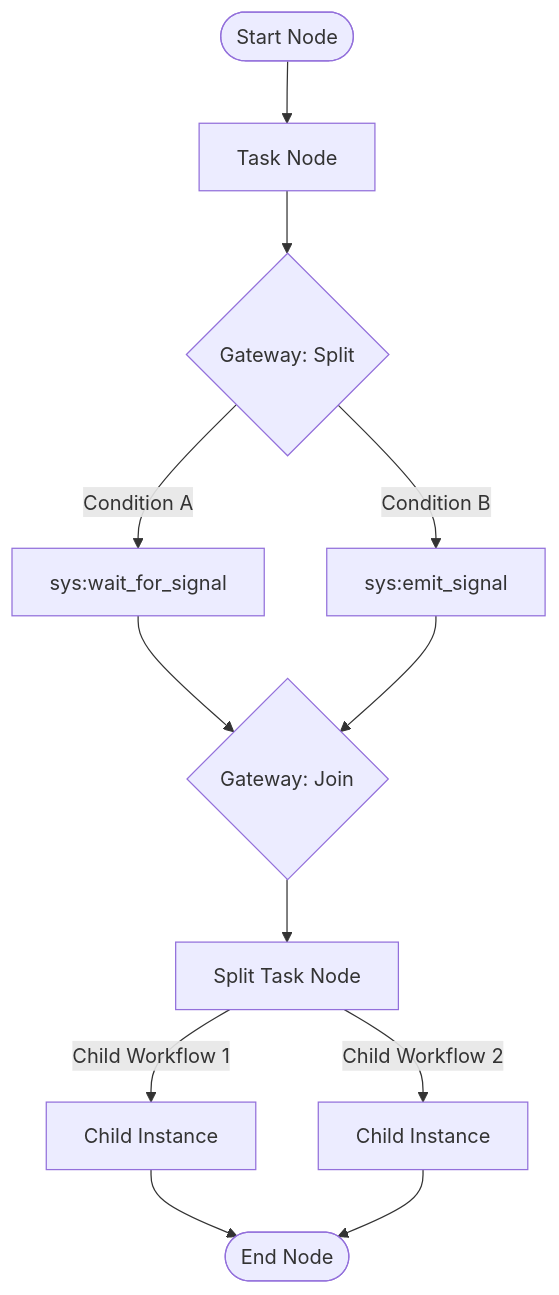
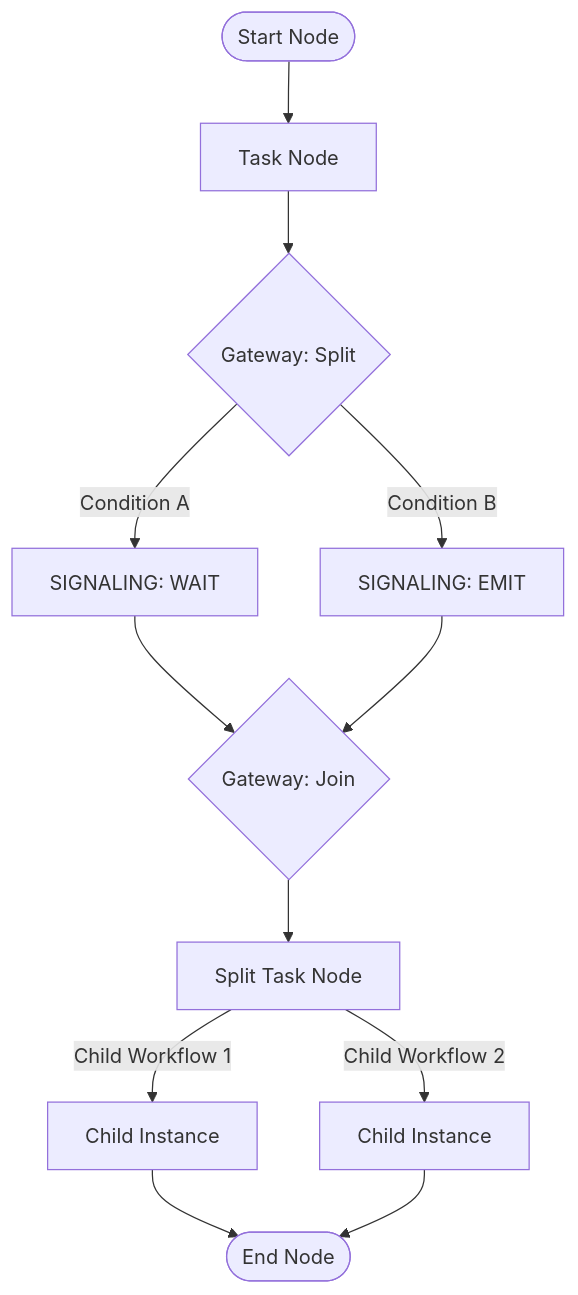
One commit to OpenNSW/core changed the diagram in workflow/README.md. Above: the diagram before and after it, drawn with Mermaid. The commit also changed other lines of this file and 6 other files, not shown here.

````diff
--- a/workflow/README.md
+++ b/workflow/README.md
@@ -23,14 +26,14 @@
 ```mermaid
 graph TD
     Start([Start Node]) --> Task1[Task Node]
     Task1 --> Gate1{Gateway: Split}
-    Gate1 -->|Condition A| TaskA[sys:wait_for_signal]
-    Gate1 -->|Condition B| TaskB[sys:emit_signal]
-    TaskA --> Gate2{Gateway: Join}
-    TaskB --> Gate2
+    Gate1 -->|Condition A| SigWait[SIGNALING: WAIT]
+    Gate1 -->|Condition B| SigEmit[SIGNALING: EMIT]
+    SigWait --> Gate2{Gateway: Join}
+    SigEmit --> Gate2
     Gate2 --> Split1[Split Task Node]
     Split1 -->|Child Workflow 1| Child1[Child Instance]
     Split1 -->|Child Workflow 2| Child2[Child Instance]
     Child1 --> End([End Node])
     Child2 --> End
 ```
````
